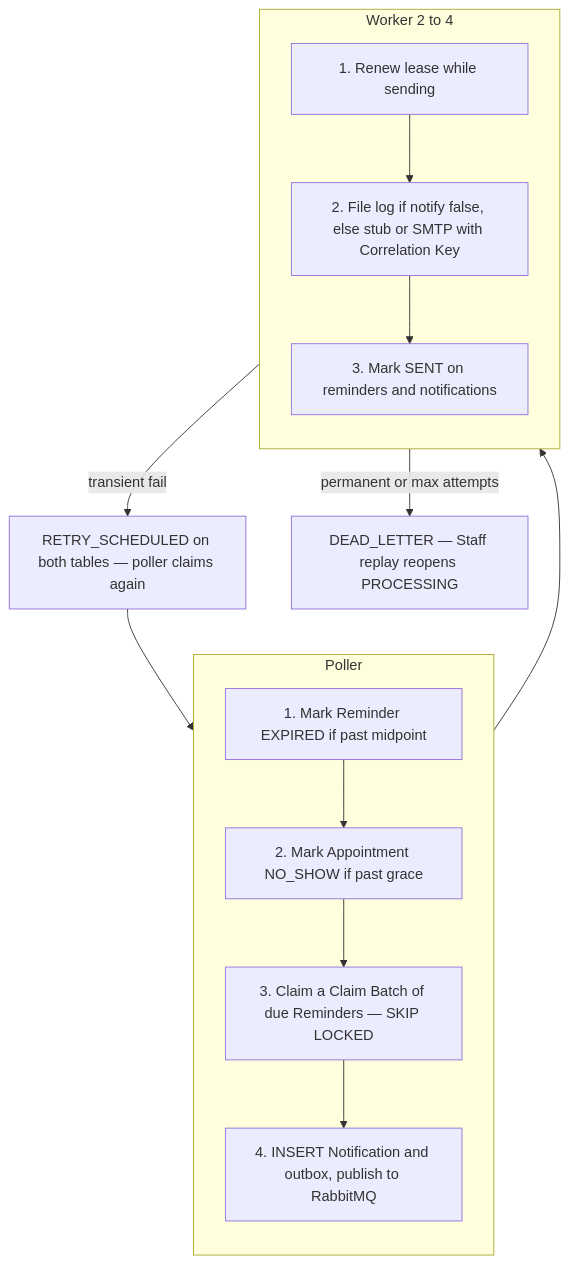
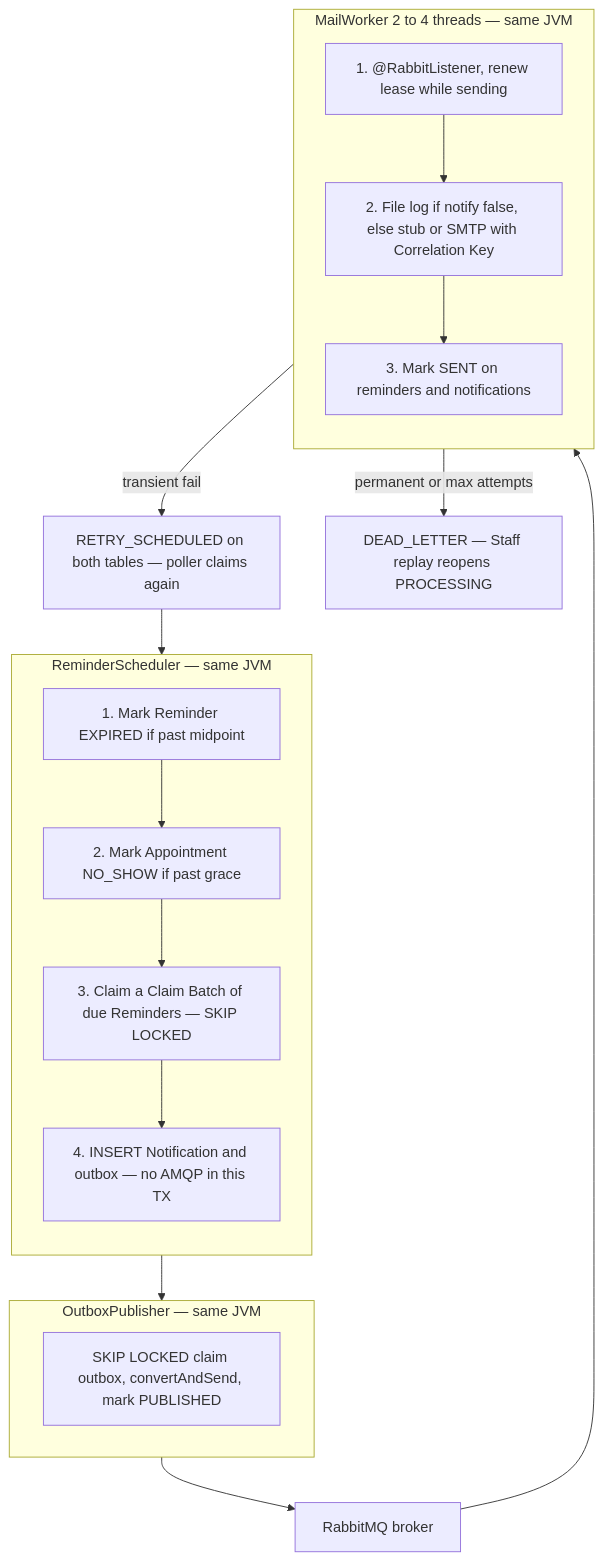
Before and after one commit to GreatNerve/Dealership-Backend: the fourth of 5 diagrams in docs/architecture.md, drawn with Mermaid. The commit also changed other lines of this file and 29 other files, not shown here.

````diff
--- a/docs/architecture.md
+++ b/docs/architecture.md
@@ -78,26 +117,32 @@
 ```mermaid
 flowchart TB
-  subgraph poller [Poller]
+  subgraph reminderPoller [ReminderScheduler — same JVM]
     direction TB
     P1["1. Mark Reminder EXPIRED if past midpoint"]
     P2["2. Mark Appointment NO_SHOW if past grace"]
     P3["3. Claim a Claim Batch of due Reminders — SKIP LOCKED"]
-    P4["4. INSERT Notification and outbox, publish to RabbitMQ"]
+    P4["4. INSERT Notification and outbox — no AMQP in this TX"]
     P1 --> P2 --> P3 --> P4
   end
 
-  subgraph worker [Worker 2 to 4]
+  subgraph publisher [OutboxPublisher — same JVM]
+    O1["SKIP LOCKED claim outbox, convertAndSend, mark PUBLISHED"]
+  end
+
+  RMQ[RabbitMQ broker]
+
+  subgraph worker [MailWorker 2 to 4 threads — same JVM]
     direction TB
-    W1["1. Renew lease while sending"]
+    W1["1. @RabbitListener, renew lease while sending"]
     W2["2. File log if notify false, else stub or SMTP with Correlation Key"]
     W3["3. Mark SENT on reminders and notifications"]
     W1 --> W2 --> W3
   end
 
   Retry["RETRY_SCHEDULED on both tables — poller claims again"]
   Dead["DEAD_LETTER — Staff replay reopens PROCESSING"]
 
-  poller --> worker
-  worker -->|transient fail| Retry --> poller
+  reminderPoller --> publisher --> RMQ --> worker
+  worker -->|transient fail| Retry --> reminderPoller
   worker -->|permanent or max attempts| Dead
 ```
````
